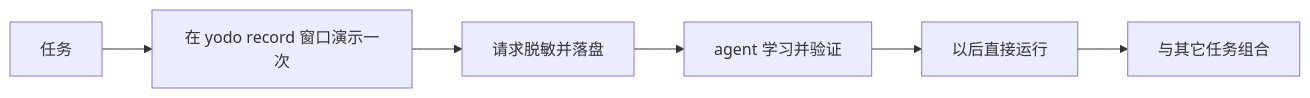
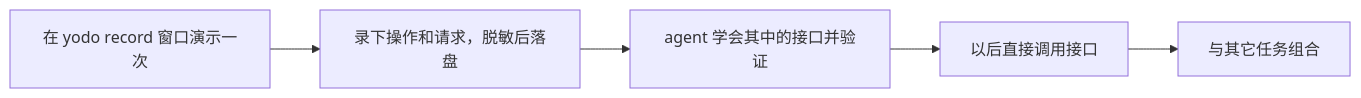
One commit to yanggggjie/yodo changed the diagram in README.md. Above: the diagram before and after it, drawn with Mermaid. The commit also changed other lines of this file and 5 other files, not shown here.

````diff
--- a/README.md
+++ b/README.md
@@ -187,8 +98,7 @@
 ```mermaid
 flowchart LR
-  A[任务] --> B[在 yodo record 窗口演示一次]
-  B --> C[请求脱敏并落盘]
-  C --> D[agent 学习并验证]
-  D --> E[以后直接运行]
-  E --> F[与其它任务组合]
+  A[在 yodo record 窗口演示一次] --> B[录下操作和请求，脱敏后落盘]
+  B --> C[agent 学会其中的接口并验证]
+  C --> D[以后直接调用接口]
+  D --> E[与其它任务组合]
 ```
````
